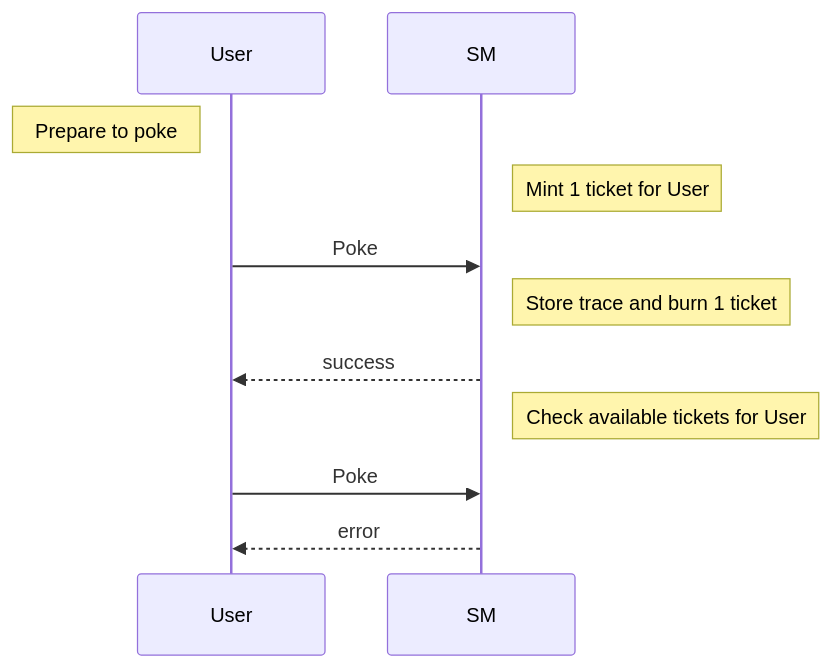
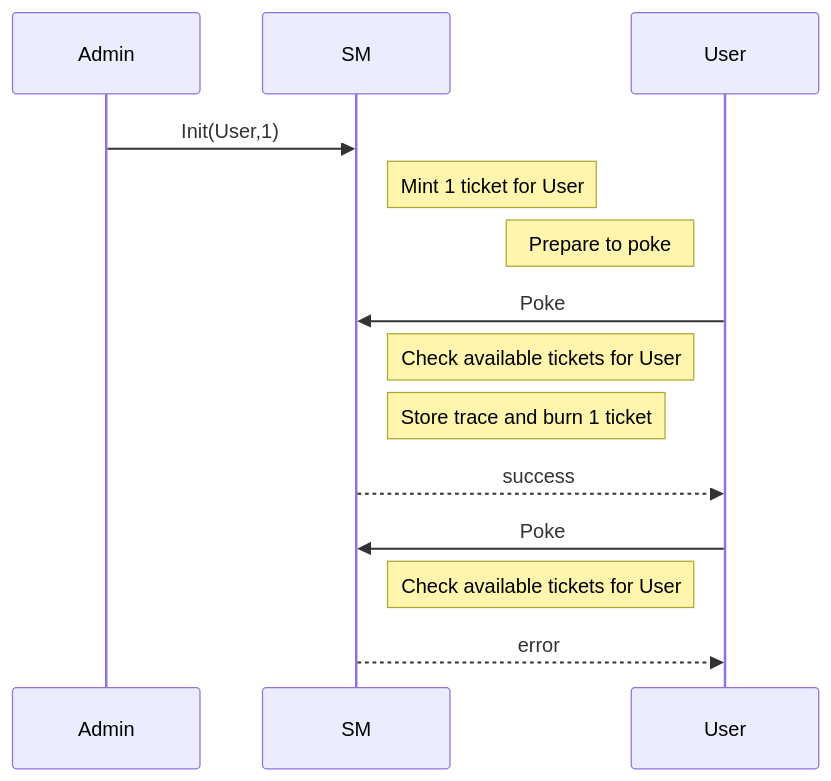
Before and after one commit to marigold-dev/training-dapp-3: the diagram in README.md, drawn with Mermaid. The commit also changed other lines of this file and 2 other files, not shown here.

````diff
--- a/README.md
+++ b/README.md
@@ -21,11 +21,13 @@
 ```mermaid
 sequenceDiagram
+  Admin->>SM : Init(User,1)
+  Note right of SM : Mint 1 ticket for User
   Note left of User : Prepare to poke
-  Note right of SM : Mint 1 ticket for User
   User->>SM : Poke
+  Note right of SM : Check available tickets for User
   Note right of SM : Store trace and burn 1 ticket
   SM-->>User : success
+  User->>SM : Poke
   Note right of SM : Check available tickets for User
-  User->>SM : Poke
   SM-->>User : error
 ```
````
